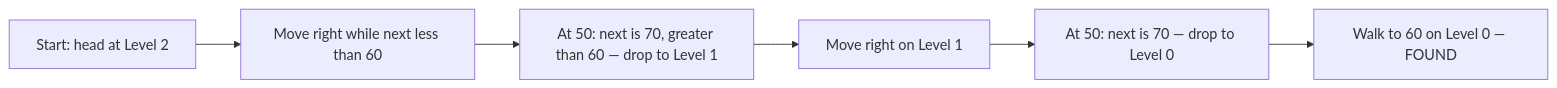
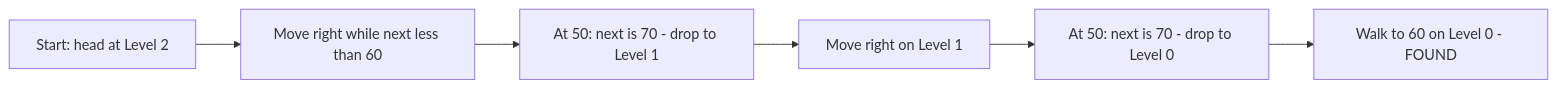
The ninth of 15 diagrams in 13-advanced-topics/README.md (hareramcse/SystemDesign), drawn with Mermaid before and after one commit. The commit also changed other lines of this file, not shown here.

````diff
--- a/13-advanced-topics/README.md
+++ b/13-advanced-topics/README.md
@@ -1327,8 +1349,8 @@
 ```mermaid
 flowchart LR
     S[Start: head at Level 2] --> R1[Move right while next less than 60]
-    R1 --> D1[At 50: next is 70, greater than 60 — drop to Level 1]
+    R1 --> D1[At 50: next is 70 - drop to Level 1]
     D1 --> R2[Move right on Level 1]
-    R2 --> D2[At 50: next is 70 — drop to Level 0]
-    D2 --> F[Walk to 60 on Level 0 — FOUND]
+    R2 --> D2[At 50: next is 70 - drop to Level 0]
+    D2 --> F[Walk to 60 on Level 0 - FOUND]
 ```
````
